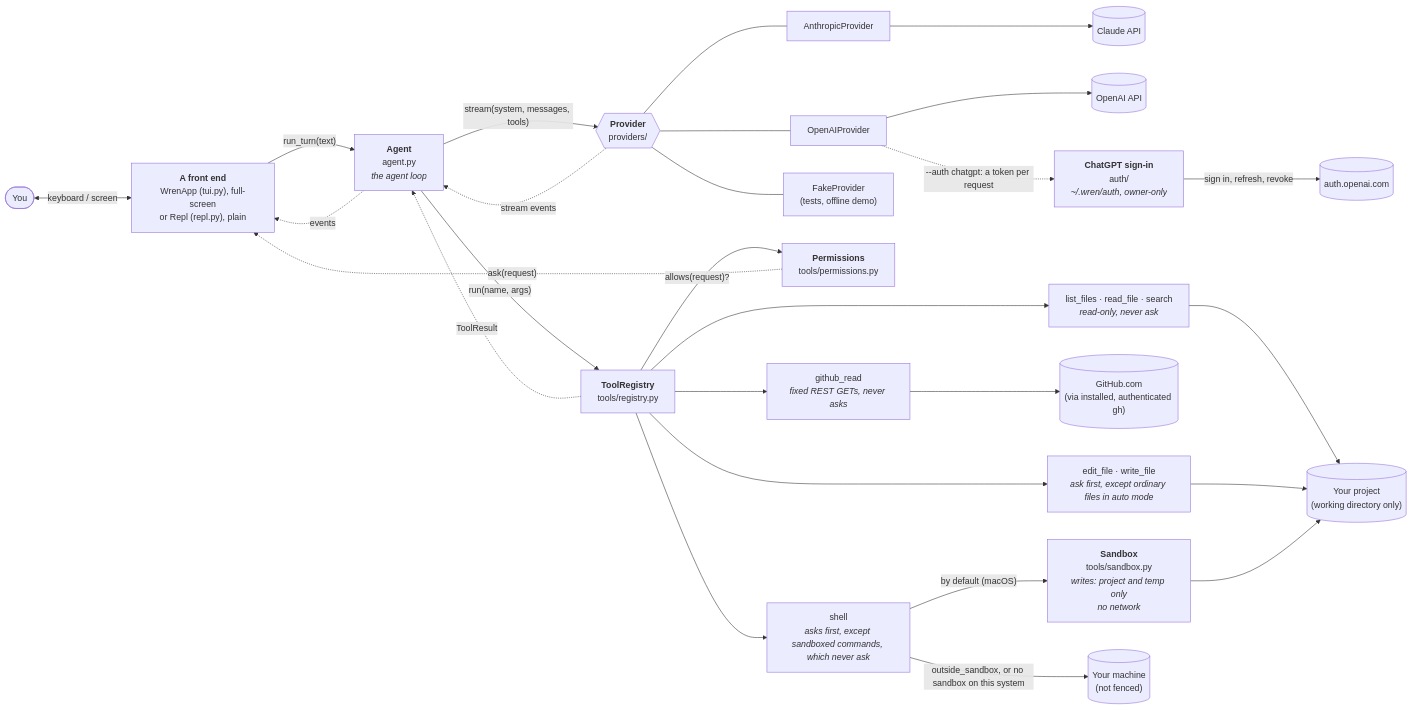
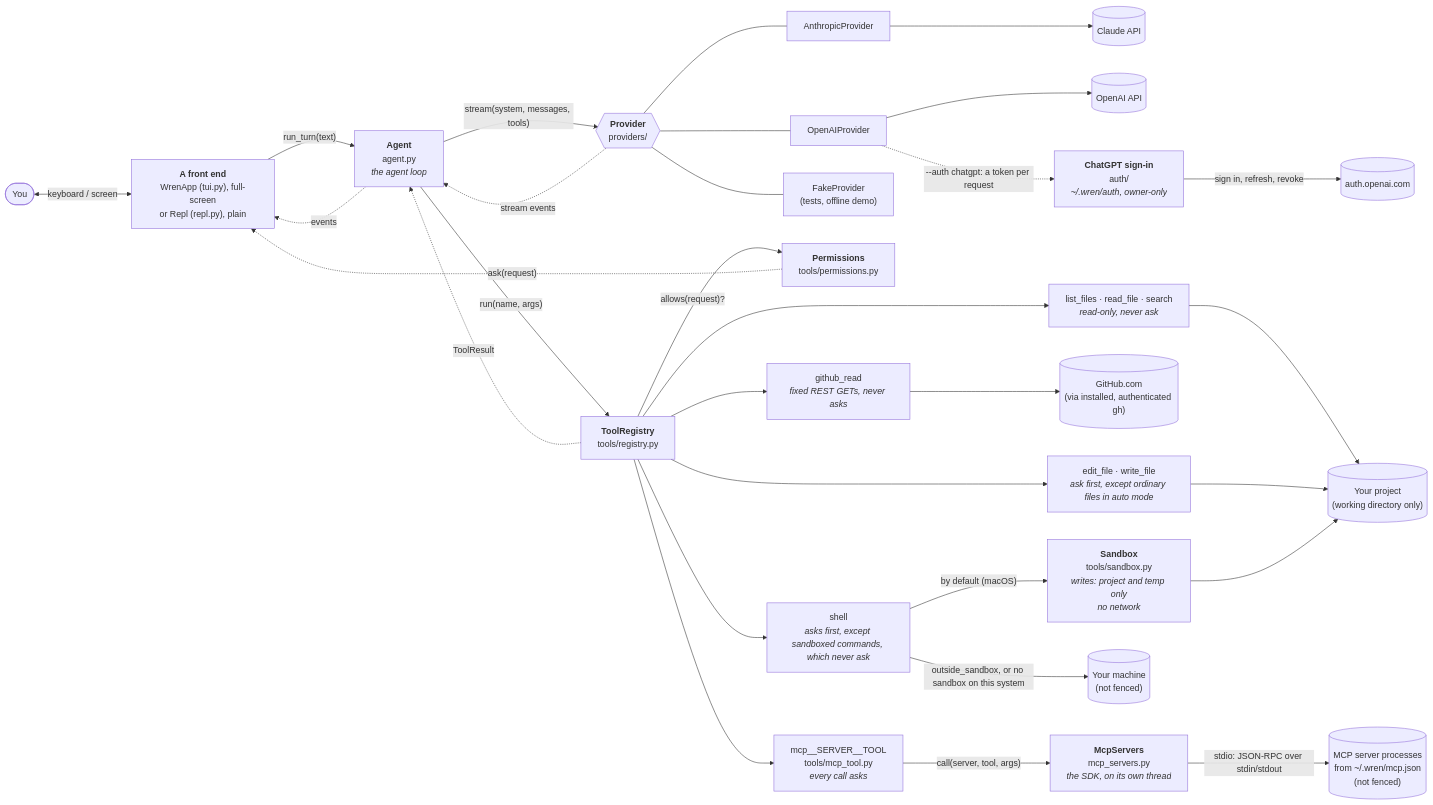
One commit to bensullivan2002/wren changed the diagram in docs/ARCHITECTURE.md. Above: the diagram before and after it, drawn with Mermaid. The commit also changed other lines of this file and 15 other files, not shown here.

First line of the commit message:
Add MCP servers: tools from other programs (step 11, part 1)

````diff
--- a/docs/ARCHITECTURE.md
+++ b/docs/ARCHITECTURE.md
@@ -11,23 +11,26 @@
 ```mermaid
 flowchart LR
     you([You]) <-->|keyboard / screen| ui["<b>A front end</b><br/>WrenApp (tui.py), full-screen<br/>or Repl (repl.py), plain"]
     ui -->|"run_turn(text)"| agent["<b>Agent</b><br/>agent.py<br/><i>the agent loop</i>"]
     agent -.->|events| ui
     agent -->|"stream(system, messages, tools)"| provider{{"<b>Provider</b><br/>providers/"}}
     provider -.->|stream events| agent
     provider --- anthropic["AnthropicProvider"] --> api[("Claude API")]
     provider --- openai["OpenAIProvider"] --> oai[("OpenAI API")]
     openai -.->|"--auth chatgpt: a token per request"| auth["<b>ChatGPT sign-in</b><br/>auth/<br/><i>~/.wren/auth, owner-only</i>"]
     auth -->|"sign in, refresh, revoke"| oaiauth[("auth.openai.com")]
     provider --- fake["FakeProvider<br/>(tests, offline demo)"]
     agent -->|"run(name, args)"| registry["<b>ToolRegistry</b><br/>tools/registry.py"]
     registry -.->|ToolResult| agent
     registry -->|"allows(request)?"| perms["<b>Permissions</b><br/>tools/permissions.py"]
     perms -.->|"ask(request)"| ui
     registry --> ro["list_files · read_file · search<br/><i>read-only, never ask</i>"] --> fs[("Your project<br/>(working directory only)")]
     registry --> gh["github_read<br/><i>fixed REST GETs, never asks</i>"] --> github[("GitHub.com<br/>(via installed, authenticated gh)")]
     registry --> rw["edit_file · write_file<br/><i>ask first, except ordinary files in auto mode</i>"] --> fs
     registry --> sh["shell<br/><i>asks first, except sandboxed commands, which never ask</i>"]
     sh -->|"by default (macOS)"| sb["<b>Sandbox</b><br/>tools/sandbox.py<br/><i>writes: project and temp only<br/>no network</i>"] --> fs
     sh -->|"outside_sandbox, or no sandbox on this system"| os[("Your machine<br/>(not fenced)")]
+    registry --> mcptool["mcp__SERVER__TOOL<br/>tools/mcp_tool.py<br/><i>every call asks</i>"]
+    mcptool -->|"call(server, tool, args)"| servers["<b>McpServers</b><br/>mcp_servers.py<br/><i>the SDK, on its own thread</i>"]
+    servers -->|"stdio: JSON-RPC over stdin/stdout"| mcpproc[("MCP server processes<br/>from ~/.wren/mcp.json<br/>(not fenced)")]
 ```
````
